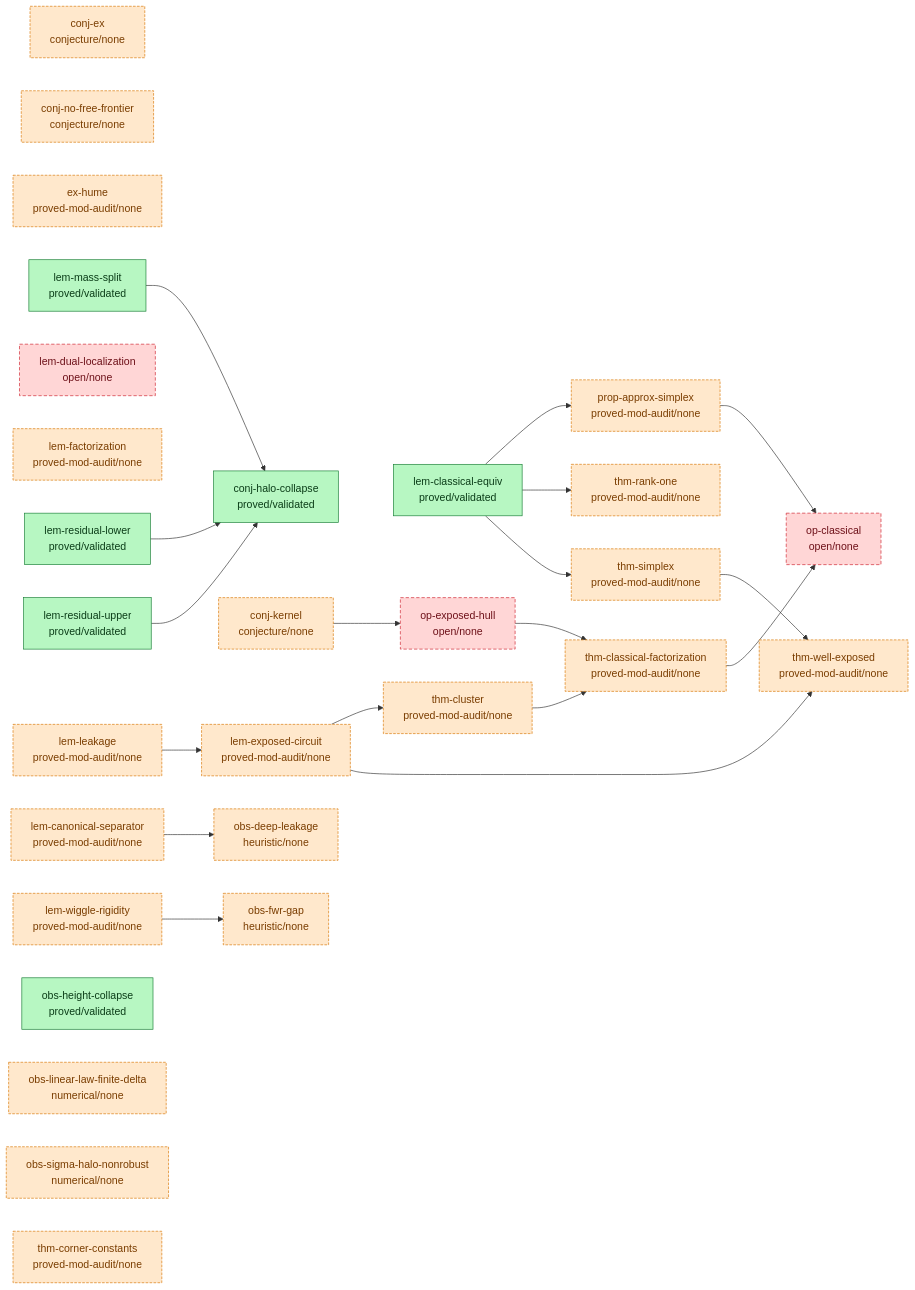
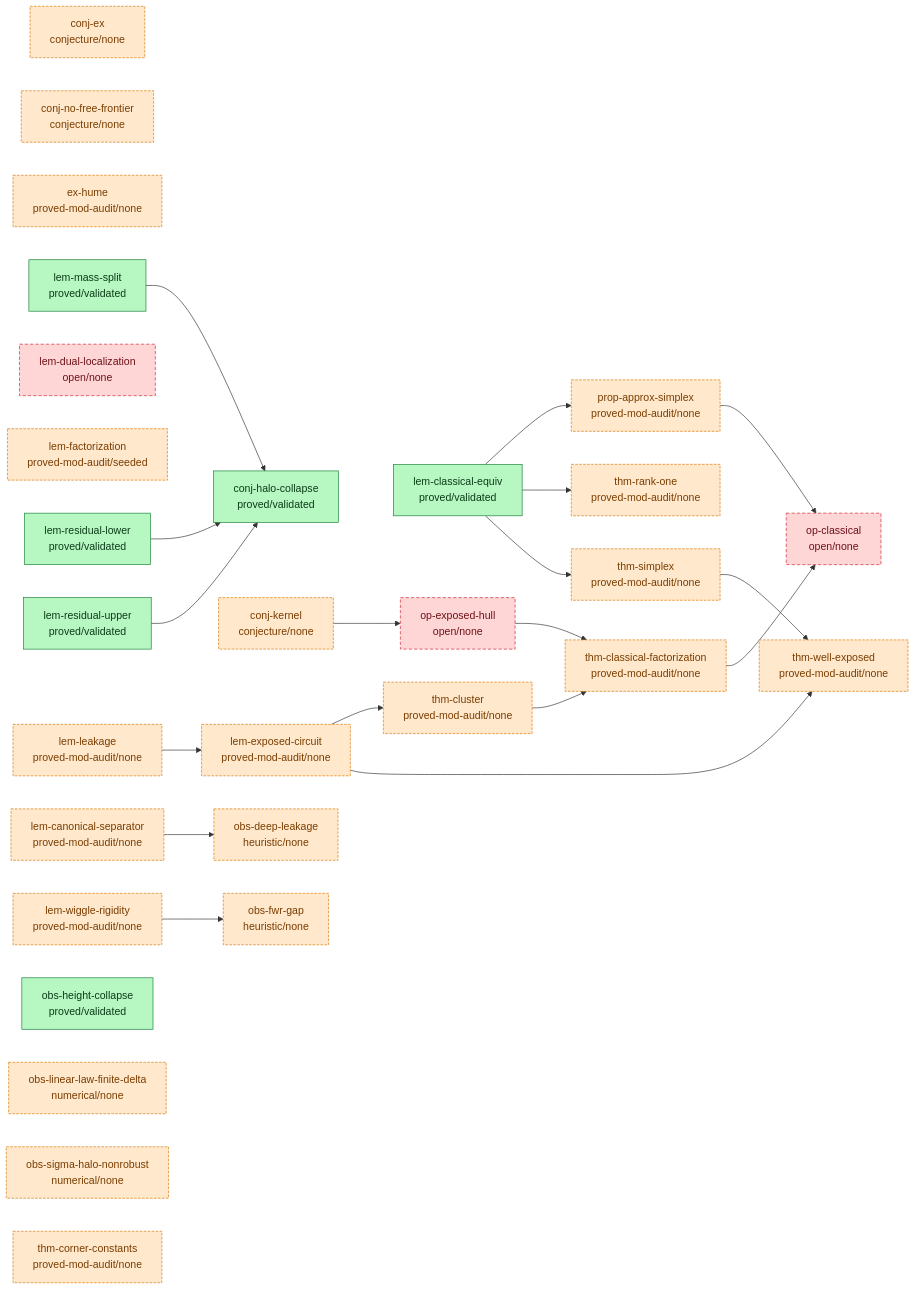
The diagram in argument/DAG.md (tobiasosborne/almost-idempotent-stochastic-maps), drawn with Mermaid before and after one commit. The commit also changed 7 other files, not shown here.

First line of the commit message:
Seed af workspace proofs/lem-factorization (contract verbatim, af: none->seeded)

````diff
--- a/argument/DAG.md
+++ b/argument/DAG.md
@@ -6,59 +6,59 @@
 ```mermaid
 graph LR
   classDef validated fill:#b7f7c2,stroke:#1a7f37,color:#0b3d18;
   classDef proved fill:#cfe3ff,stroke:#0969da,color:#0a3069;
   classDef seeded fill:#fff3c4,stroke:#bf8700,color:#5a4500;
   classDef stated fill:#eaecef,stroke:#8b949e,color:#24292f;
   classDef cited fill:#e7d6ff,stroke:#8250df,color:#3b1a73;
   classDef nonrigorous fill:#ffe8cc,stroke:#d97706,color:#7a3d00,stroke-dasharray:4 2;
   classDef open fill:#ffd6d6,stroke:#cf222e,color:#6e1119,stroke-dasharray:5 3;
   conj-ex["conj-ex<br/>conjecture/none"]
   conj-halo-collapse["conj-halo-collapse<br/>proved/validated"]
   conj-kernel["conj-kernel<br/>conjecture/none"]
   conj-no-free-frontier["conj-no-free-frontier<br/>conjecture/none"]
   ex-hume["ex-hume<br/>proved-mod-audit/none"]
   lem-canonical-separator["lem-canonical-separator<br/>proved-mod-audit/none"]
   lem-classical-equiv["lem-classical-equiv<br/>proved/validated"]
   lem-dual-localization["lem-dual-localization<br/>open/none"]
   lem-exposed-circuit["lem-exposed-circuit<br/>proved-mod-audit/none"]
-  lem-factorization["lem-factorization<br/>proved-mod-audit/none"]
+  lem-factorization["lem-factorization<br/>proved-mod-audit/seeded"]
   lem-leakage["lem-leakage<br/>proved-mod-audit/none"]
   lem-mass-split["lem-mass-split<br/>proved/validated"]
   lem-residual-lower["lem-residual-lower<br/>proved/validated"]
   lem-residual-upper["lem-residual-upper<br/>proved/validated"]
   lem-wiggle-rigidity["lem-wiggle-rigidity<br/>proved-mod-audit/none"]
   obs-deep-leakage["obs-deep-leakage<br/>heuristic/none"]
   obs-fwr-gap["obs-fwr-gap<br/>heuristic/none"]
   obs-height-collapse["obs-height-collapse<br/>proved/validated"]
   obs-linear-law-finite-delta["obs-linear-law-finite-delta<br/>numerical/none"]
   obs-sigma-halo-nonrobust["obs-sigma-halo-nonrobust<br/>numerical/none"]
   op-classical["op-classical<br/>open/none"]
   op-exposed-hull["op-exposed-hull<br/>open/none"]
   prop-approx-simplex["prop-approx-simplex<br/>proved-mod-audit/none"]
   thm-classical-factorization["thm-classical-factorization<br/>proved-mod-audit/none"]
   thm-cluster["thm-cluster<br/>proved-mod-audit/none"]
   thm-corner-constants["thm-corner-constants<br/>proved-mod-audit/none"]
   thm-rank-one["thm-rank-one<br/>proved-mod-audit/none"]
   thm-simplex["thm-simplex<br/>proved-mod-audit/none"]
   thm-well-exposed["thm-well-exposed<br/>proved-mod-audit/none"]
   conj-kernel --> op-exposed-hull
   lem-canonical-separator --> obs-deep-leakage
   lem-classical-equiv --> prop-approx-simplex
   lem-classical-equiv --> thm-rank-one
   lem-classical-equiv --> thm-simplex
   lem-exposed-circuit --> thm-cluster
   lem-exposed-circuit --> thm-well-exposed
   lem-leakage --> lem-exposed-circuit
   lem-mass-split --> conj-halo-collapse
   lem-residual-lower --> conj-halo-collapse
   lem-residual-upper --> conj-halo-collapse
   lem-wiggle-rigidity --> obs-fwr-gap
   op-exposed-hull --> thm-classical-factorization
   prop-approx-simplex --> op-classical
   thm-classical-factorization --> op-classical
   thm-cluster --> thm-classical-factorization
   thm-simplex --> thm-well-exposed
   class conj-halo-collapse,lem-classical-equiv,lem-mass-split,lem-residual-lower,lem-residual-upper,obs-height-collapse validated;
   class conj-ex,conj-kernel,conj-no-free-frontier,ex-hume,lem-canonical-separator,lem-exposed-circuit,lem-factorization,lem-leakage,lem-wiggle-rigidity,obs-deep-leakage,obs-fwr-gap,obs-linear-law-finite-delta,obs-sigma-halo-nonrobust,prop-approx-simplex,thm-classical-factorization,thm-cluster,thm-corner-constants,thm-rank-one,thm-simplex,thm-well-exposed nonrigorous;
   class lem-dual-localization,op-classical,op-exposed-hull open;
 ```
````
